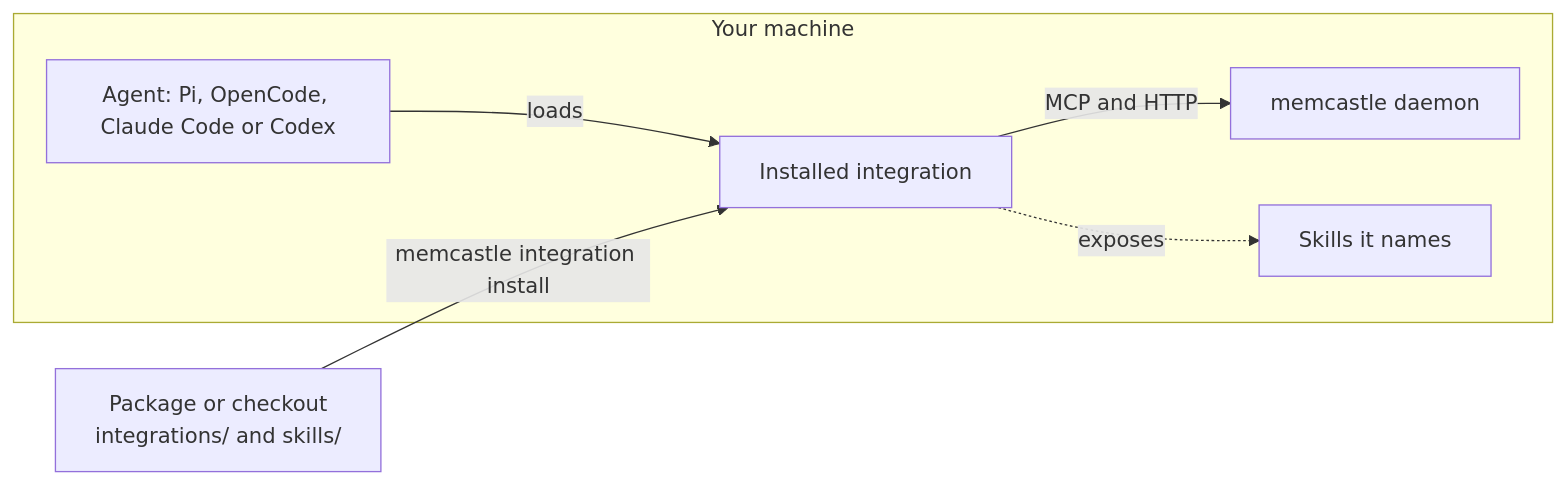
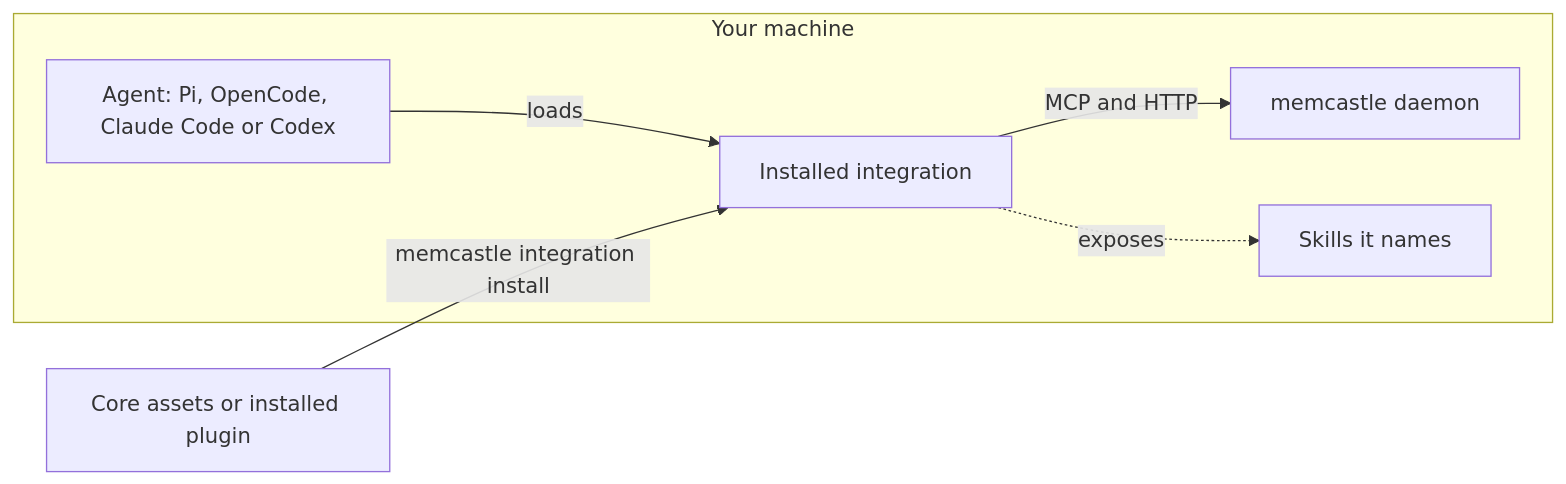
Before and after one commit to memcastle/memcastle: the first of 2 diagrams in docs/integrations.md, drawn with Mermaid. The commit also changed other lines of this file and 114 other files, not shown here.

````diff
--- a/docs/integrations.md
+++ b/docs/integrations.md
@@ -18,9 +18,9 @@
 ```mermaid
 flowchart LR
     subgraph machine[Your machine]
         A[Agent: Pi, OpenCode, Claude Code or Codex] -->|loads| I[Installed integration]
         I -->|MCP and HTTP| D[memcastle daemon]
         I -.->|exposes| S[Skills it names]
     end
-    P[Package or checkout<br/>integrations/ and skills/] -->|memcastle integration install| I
+    P[Core assets or installed plugin] -->|memcastle integration install| I
 ```
````
